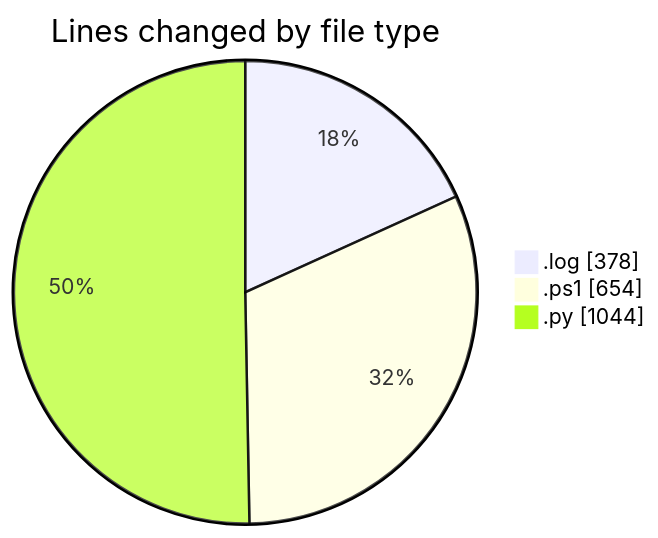
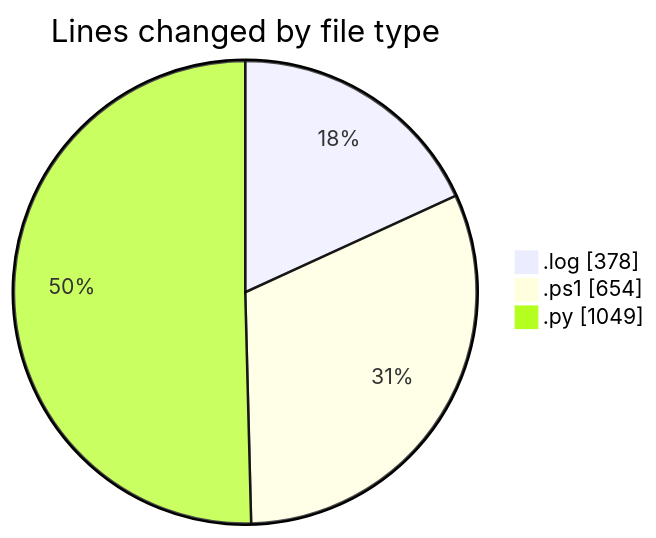
Before and after one commit to shibass792/code-tracking: the first of 2 diagrams in 2026-07-08/twenty_versions_aminor/README.md, drawn with Mermaid. The commit also changed other lines of this file and 1 other file, not shown here.

````diff
--- a/2026-07-08/twenty_versions_aminor/README.md
+++ b/2026-07-08/twenty_versions_aminor/README.md
@@ -22,7 +22,7 @@
 ```mermaid
 pie showData
 title Lines changed by file type
 ".log" : 378
 ".ps1" : 654
-".py" : 1044
+".py" : 1049
 ```
````
